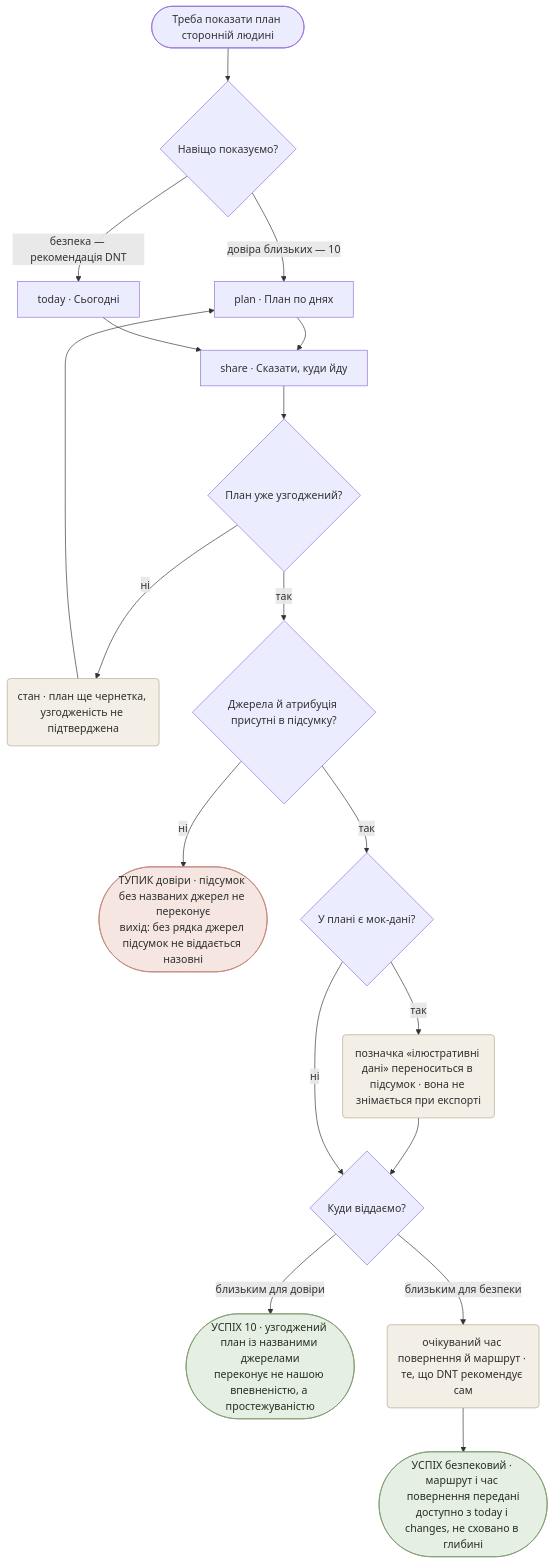
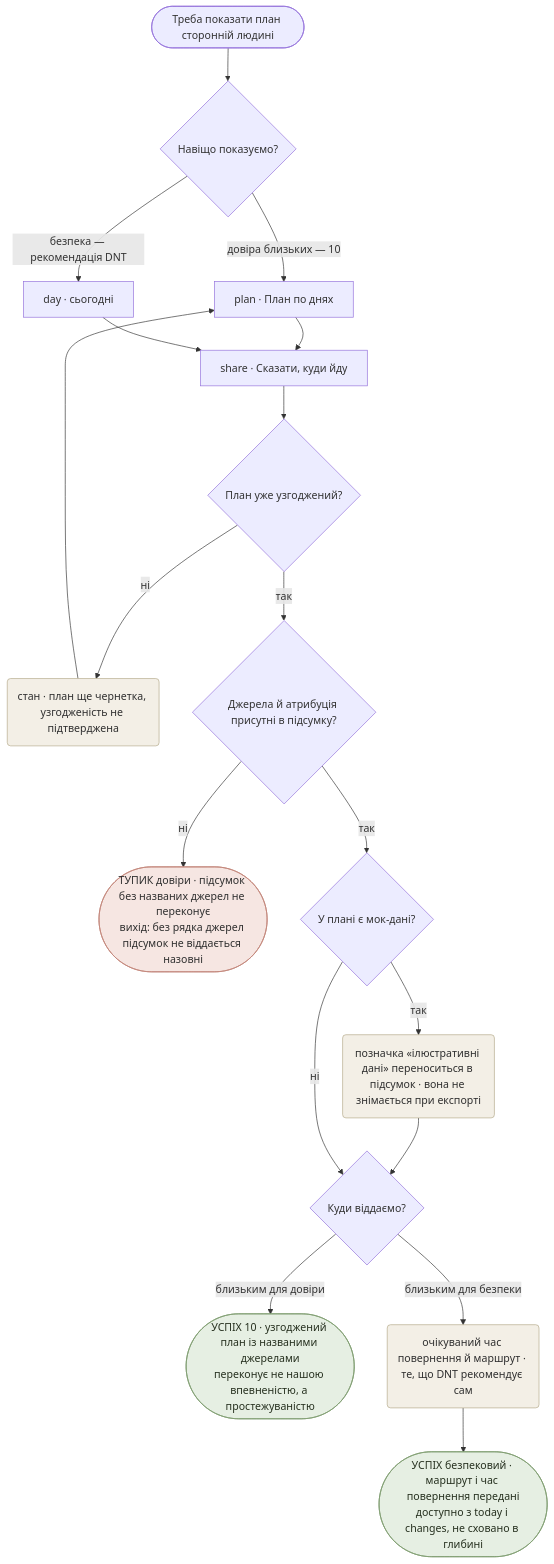
Before and after one commit to allaostrovaya/nestwood: the sixth of 6 diagrams in docs/wireframes/flows.md, drawn with Mermaid. The commit also changed other lines of this file and 191 other files, not shown here.

````diff
--- a/docs/wireframes/flows.md
+++ b/docs/wireframes/flows.md
@@ -480,30 +422,30 @@
 ```mermaid
 flowchart TD
     IN(["Треба показати план сторонній людині"]) --> QWHY{"Навіщо показуємо?"}
     QWHY -->|"довіра близьких — 10"| plan["plan · План по днях"]
-    QWHY -->|"безпека — рекомендація DNT"| today["today · Сьогодні"]
+    QWHY -->|"безпека — рекомендація DNT"| today["day · сьогодні"]
 
     plan --> share["share · Сказати, куди йду"]
     today --> share
     share --> QREADY{"План уже узгоджений?"}
     QREADY -->|ні| WARN("стан · план ще чернетка, узгодженість не підтверджена")
     WARN --> plan
     QREADY -->|так| QSRC{"Джерела й атрибуція присутні в підсумку?"}
 
     QSRC -->|ні| DEADS(["ТУПИК довіри · підсумок без названих джерел не переконує<br/>вихід: без рядка джерел підсумок не віддається назовні"])
     QSRC -->|так| QMOCK{"У плані є мок-дані?"}
     QMOCK -->|так| MOCK("позначка «ілюстративні дані» переноситься в підсумок · вона не знімається при експорті")
     MOCK --> QCHANNEL
     QMOCK -->|ні| QCHANNEL{"Куди віддаємо?"}
 
     QCHANNEL -->|"близьким для довіри"| WIN1(["УСПІХ 10 · узгоджений план із названими джерелами<br/>переконує не нашою впевненістю, а простежуваністю"])
     QCHANNEL -->|"близьким для безпеки"| RET("очікуваний час повернення й маршрут · те, що DNT рекомендує сам")
     RET --> WIN2(["УСПІХ безпековий · маршрут і час повернення передані<br/>доступно з today і changes, не сховано в глибині"])
 
     classDef state fill:#f3efe6,stroke:#b3a888,color:#2f2f2f;
     classDef dead fill:#f6e6e2,stroke:#c08376,color:#2f2f2f;
     classDef win fill:#e6efe3,stroke:#7c9a6d,color:#26301f;
     class WARN,MOCK,RET state;
     class DEADS dead;
     class WIN1,WIN2 win;
 ```
````
